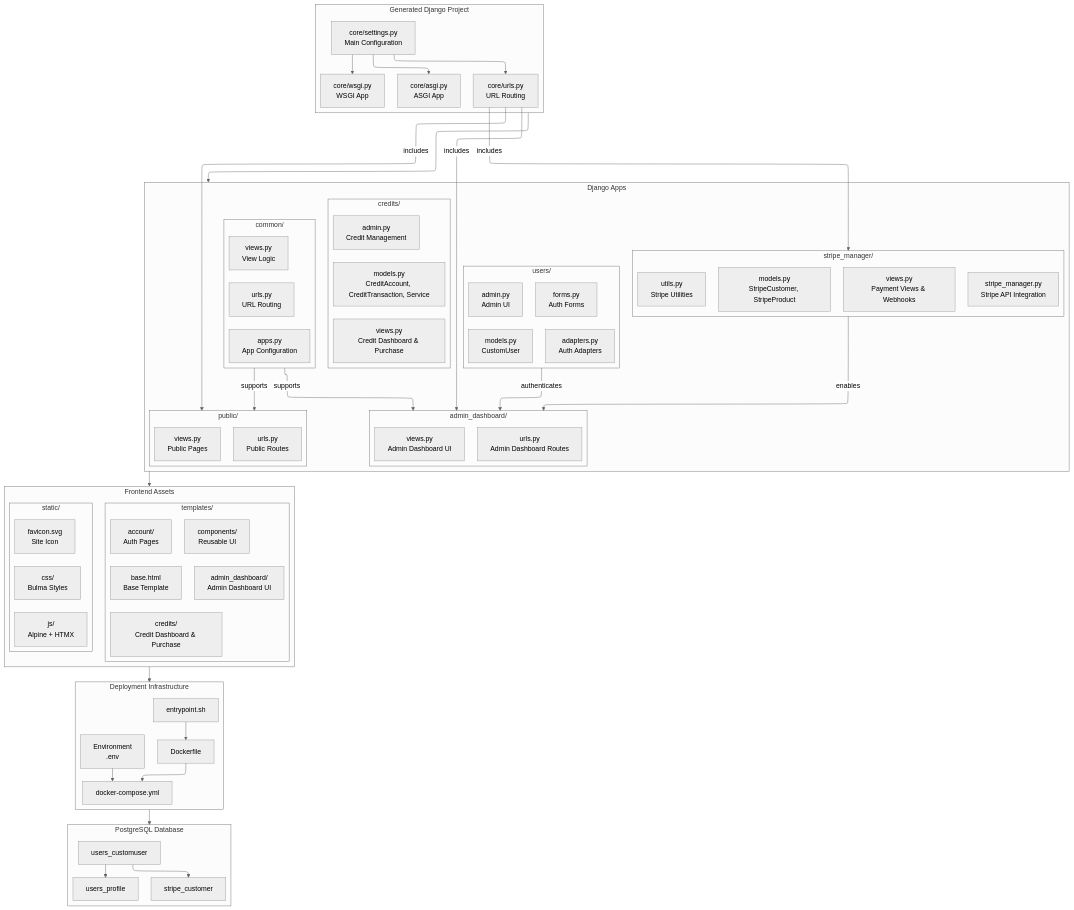
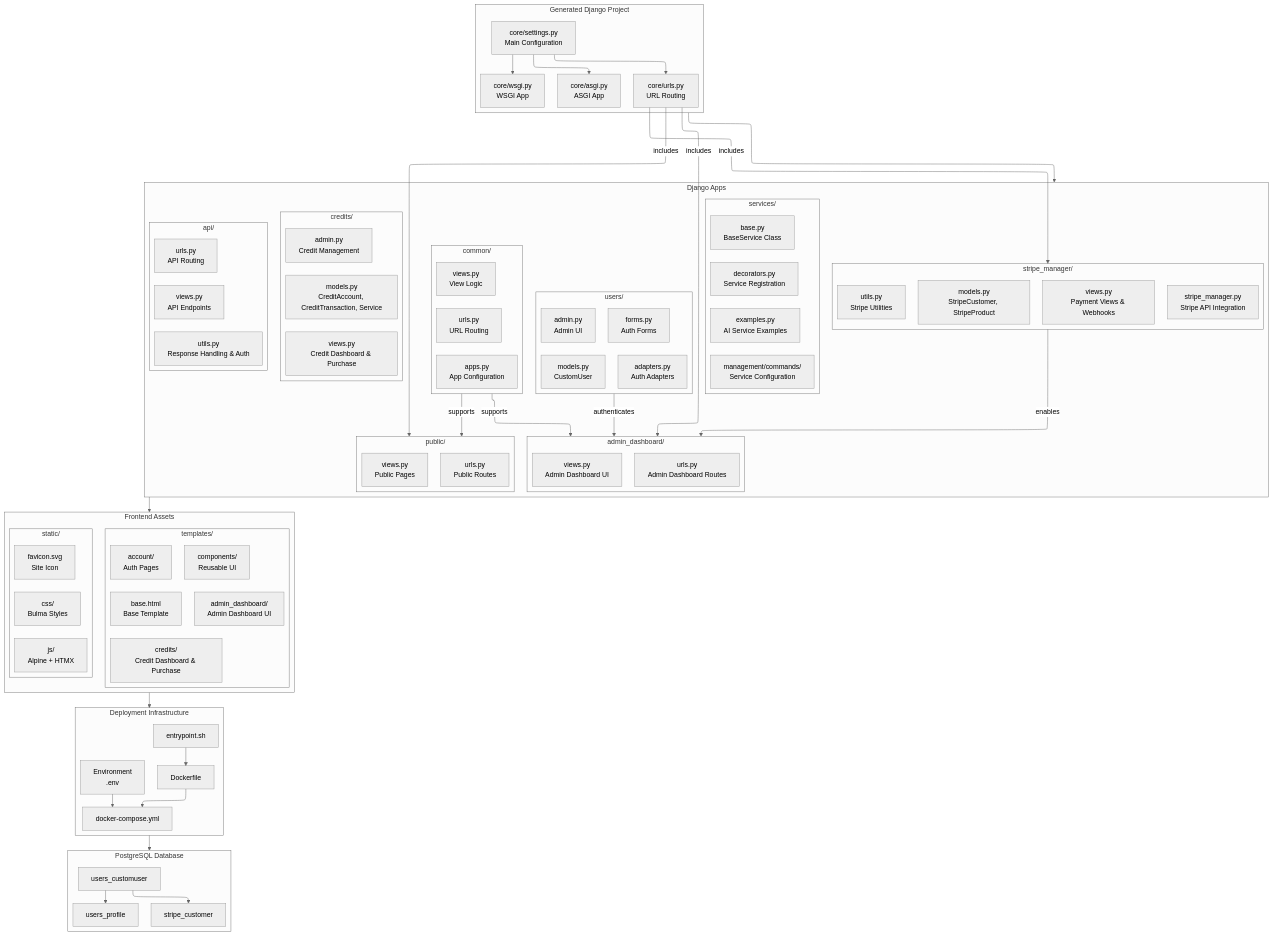
Before and after one commit to Experto-AI/quickscale: the second of 7 diagrams in TECHNICAL_DOCS.md, drawn with Mermaid (neutral theme). The commit also changed other lines of this file and 3 other files, not shown here.

```diff
--- a/TECHNICAL_DOCS.md
+++ b/TECHNICAL_DOCS.md
@@ -307,6 +331,19 @@
         payment_utils["utils.py<br>Stripe Utilities"]
         stripe_integration["stripe_manager.py<br>Stripe API Integration"]
   end
+ subgraph Services["services/"]
+    direction TB
+        services_base["base.py<br>BaseService Class"]
+        services_decorators["decorators.py<br>Service Registration"]
+        services_examples["examples.py<br>AI Service Examples"]
+        services_management["management/commands/<br>Service Configuration"]
+  end
+ subgraph API["api/"]
+    direction TB
+        api_views["views.py<br>API Endpoints"]
+        api_utils["utils.py<br>Response Handling & Auth"]
+        api_urls["urls.py<br>API Routing"]
+  end
  subgraph Apps["Django Apps"]
     direction TB
         Users
@@ -315,6 +352,8 @@
         AdminDashboard
         Credits
         Payments
+        Services
+        API
   end
  subgraph Templates["templates/"]
     direction TB
```
